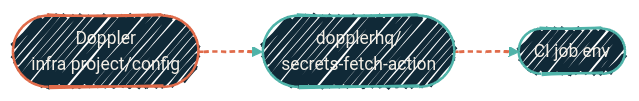
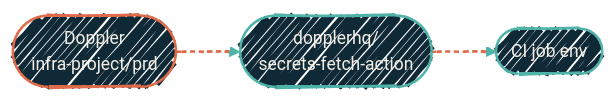
Before and after one commit to dryvist/docs: the second of 3 diagrams in security/how-it-fits-together.mdx, drawn with Mermaid. The commit also changed 3 other files, not shown here.

First line of the commit message:
docs: standardize Doppler project placeholder for consistency

````diff
--- a/security/how-it-fits-together.mdx
+++ b/security/how-it-fits-together.mdx
@@ -50,17 +50,17 @@
 ```mermaid
 %%{init: {'theme':'base','look':'handDrawn','themeVariables':{'fontFamily':'Geist','fontSize':'14px','primaryColor':'#102937','primaryTextColor':'#F4EFE6','primaryBorderColor':'#4FB3A9','lineColor':'#4FB3A9','secondaryColor':'#0B1D2A','tertiaryColor':'#1A2A38','clusterBkg':'rgba(79,179,169,0.08)','clusterBorder':'#4FB3A9'}}}%%
 flowchart LR
-  Dop([Doppler<br/>infra project/config])
+  Dop([Doppler<br/>infra-project/prd])
   Act([dopplerhq/<br/>secrets-fetch-action])
   Job([CI job env])
 
   Dop --> Act --> Job
 
   classDef src fill:#102937,stroke:#E06B4A,stroke-width:2px,color:#F4EFE6;
   classDef hop fill:#102937,stroke:#4FB3A9,stroke-width:2px,color:#F4EFE6;
 
   class Dop src
   class Act,Job hop
 
   linkStyle 0,1 stroke:#E06B4A,stroke-width:2px,stroke-dasharray:4 3;
 ```
````
